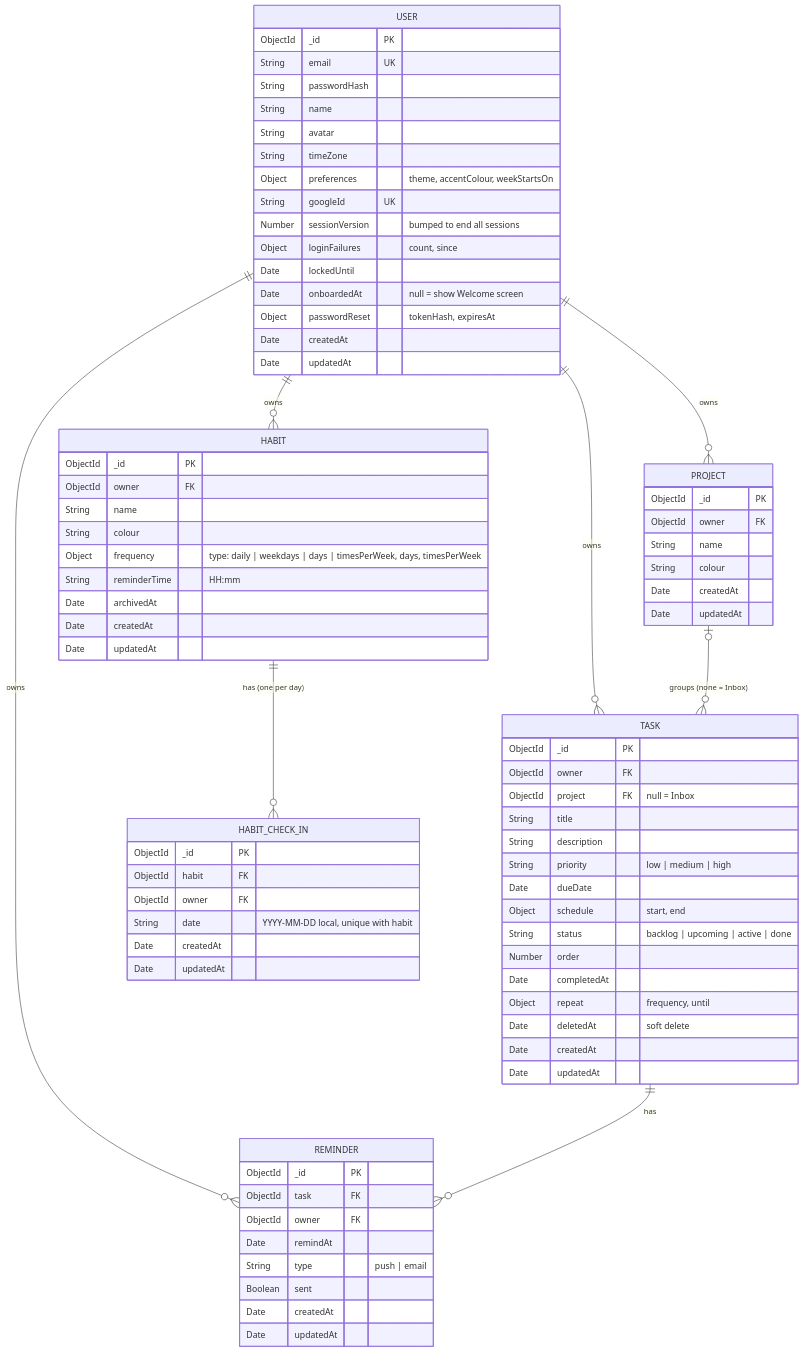
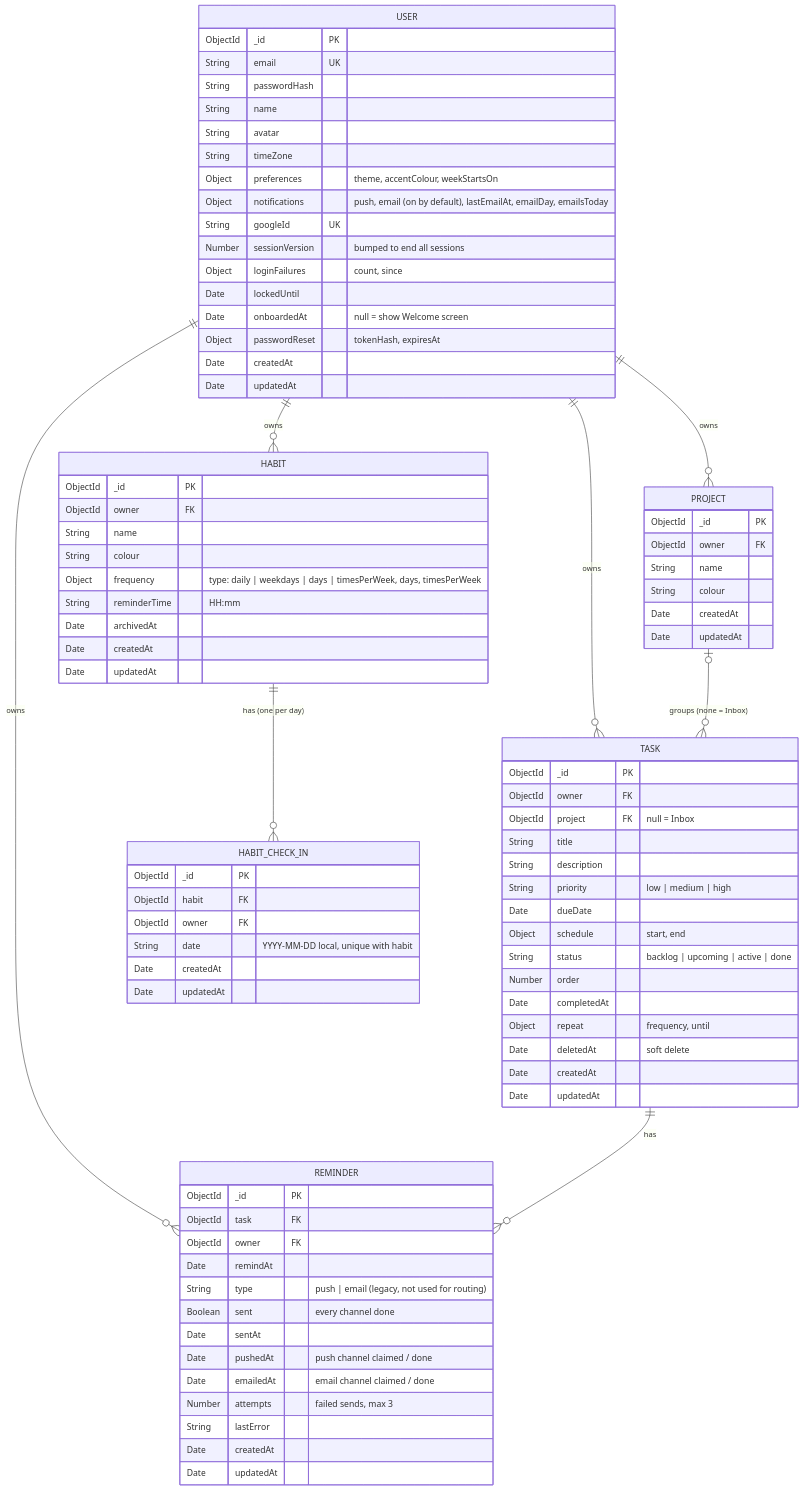
Before and after one commit to khang-ngo4444/VCD_Agendal: the diagram in docs/erd.mmd, drawn with Mermaid. The commit also changed 20 other files, not shown here.

```diff
--- a/docs/erd.mmd
+++ b/docs/erd.mmd
@@ -1,82 +1,88 @@
 %% Source for docs/erd.png. Re-render after editing:
 %% npx -y @mermaid-js/mermaid-cli -i docs/erd.mmd -o docs/erd.png -b white -s 2
 erDiagram
     USER ||--o{ PROJECT : owns
     USER ||--o{ TASK : owns
     USER ||--o{ REMINDER : owns
     PROJECT |o--o{ TASK : "groups (none = Inbox)"
     TASK ||--o{ REMINDER : has
     USER ||--o{ HABIT : owns
     HABIT ||--o{ HABIT_CHECK_IN : "has (one per day)"
 
     USER {
         ObjectId _id PK
         String email UK
         String passwordHash
         String name
         String avatar
         String timeZone
         Object preferences "theme, accentColour, weekStartsOn"
+        Object notifications "push, email (on by default), lastEmailAt, emailDay, emailsToday"
         String googleId UK
         Number sessionVersion "bumped to end all sessions"
         Object loginFailures "count, since"
         Date lockedUntil
         Date onboardedAt "null = show Welcome screen"
         Object passwordReset "tokenHash, expiresAt"
         Date createdAt
         Date updatedAt
     }
     PROJECT {
         ObjectId _id PK
         ObjectId owner FK
         String name
         String colour
         Date createdAt
         Date updatedAt
     }
     TASK {
         ObjectId _id PK
         ObjectId owner FK
         ObjectId project FK "null = Inbox"
         String title
         String description
         String priority "low | medium | high"
         Date dueDate
         Object schedule "start, end"
         String status "backlog | upcoming | active | done"
         Number order
         Date completedAt
         Object repeat "frequency, until"
         Date deletedAt "soft delete"
         Date createdAt
         Date updatedAt
     }
     REMINDER {
         ObjectId _id PK
         ObjectId task FK
         ObjectId owner FK
         Date remindAt
-        String type "push | email"
-        Boolean sent
+        String type "push | email (legacy, not used for routing)"
+        Boolean sent "every channel done"
+        Date sentAt
+        Date pushedAt "push channel claimed / done"
+        Date emailedAt "email channel claimed / done"
+        Number attempts "failed sends, max 3"
+        String lastError
         Date createdAt
         Date updatedAt
     }
     HABIT {
         ObjectId _id PK
         ObjectId owner FK
         String name
         String colour
         Object frequency "type: daily | weekdays | days | timesPerWeek, days, timesPerWeek"
         String reminderTime "HH:mm"
         Date archivedAt
         Date createdAt
         Date updatedAt
     }
     HABIT_CHECK_IN {
         ObjectId _id PK
         ObjectId habit FK
         ObjectId owner FK
         String date "YYYY-MM-DD local, unique with habit"
         Date createdAt
         Date updatedAt
     }
```
